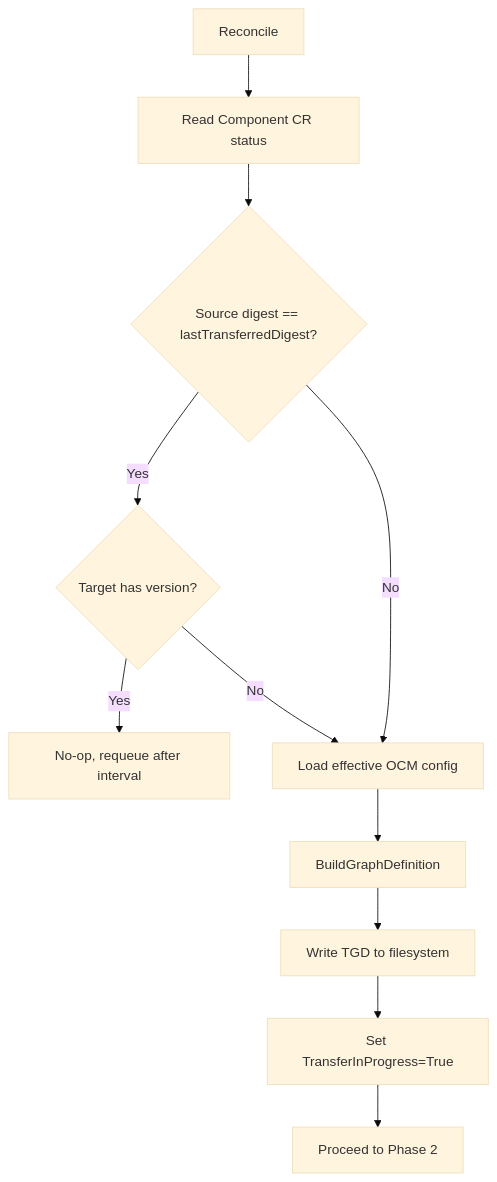
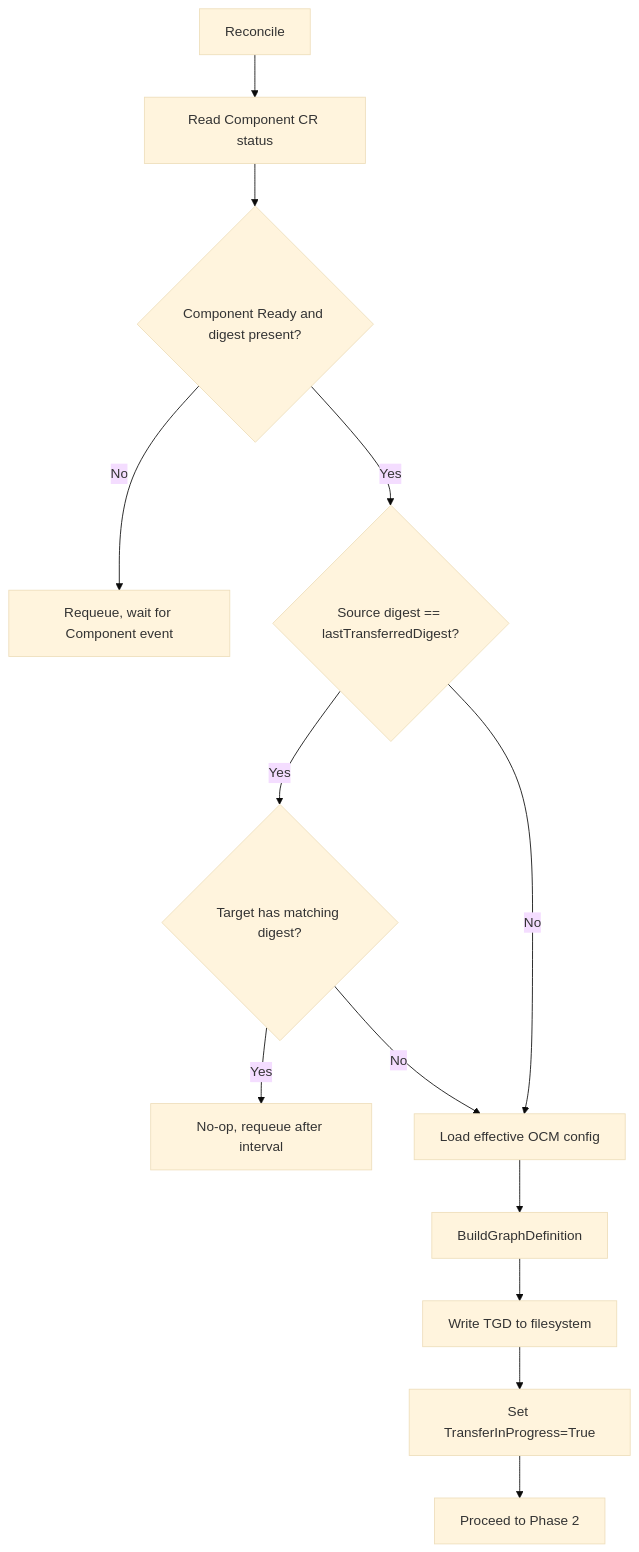
The first of 2 diagrams in docs/adr/0017_replication_controller.md (open-component-model/open-component-model), drawn with Mermaid (base theme) before and after one commit. The commit also changed other lines of this file and 1 other file, not shown here.

````diff
--- a/docs/adr/0017_replication_controller.md
+++ b/docs/adr/0017_replication_controller.md
@@ -109,13 +120,15 @@
 ```mermaid
 flowchart TD
-    A[Reconcile] --> B[Read Component CR status]
-    B --> C{Source digest == lastTransferredDigest?}
-    C -->|Yes| D{Target has version?}
+    A[Reconcile] --> A1[Read Component CR status]
+    A1 --> A2{Component Ready and digest present?}
+    A2 -->|No| A3[Requeue, wait for Component event]
+    A2 -->|Yes| C{Source digest == lastTransferredDigest?}
+    C -->|Yes| D{Target has matching digest?}
     D -->|Yes| E[No-op, requeue after interval]
     D -->|No| F[Load effective OCM config]
     C -->|No| F
     F --> G[BuildGraphDefinition]
     G --> H[Write TGD to filesystem]
     H --> I[Set TransferInProgress=True]
     I --> J[Proceed to Phase 2]
 ```
````
